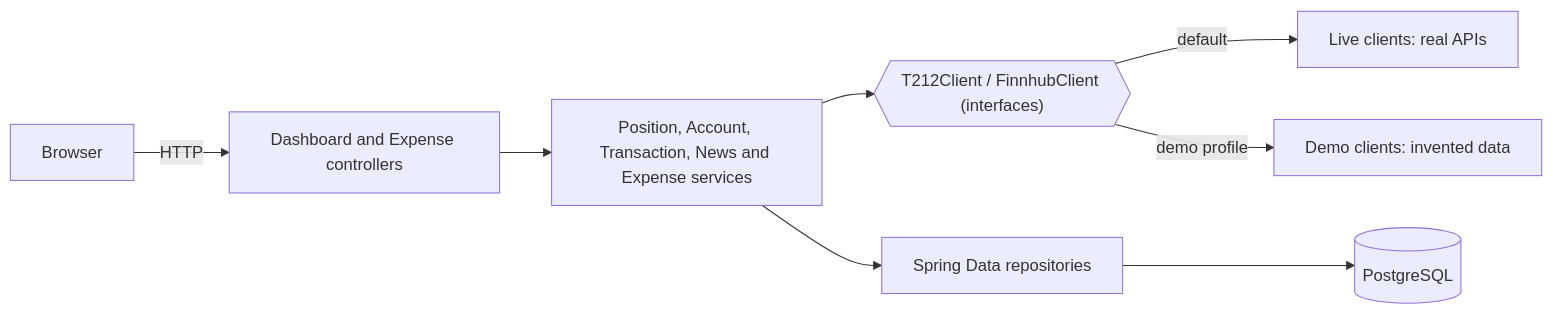
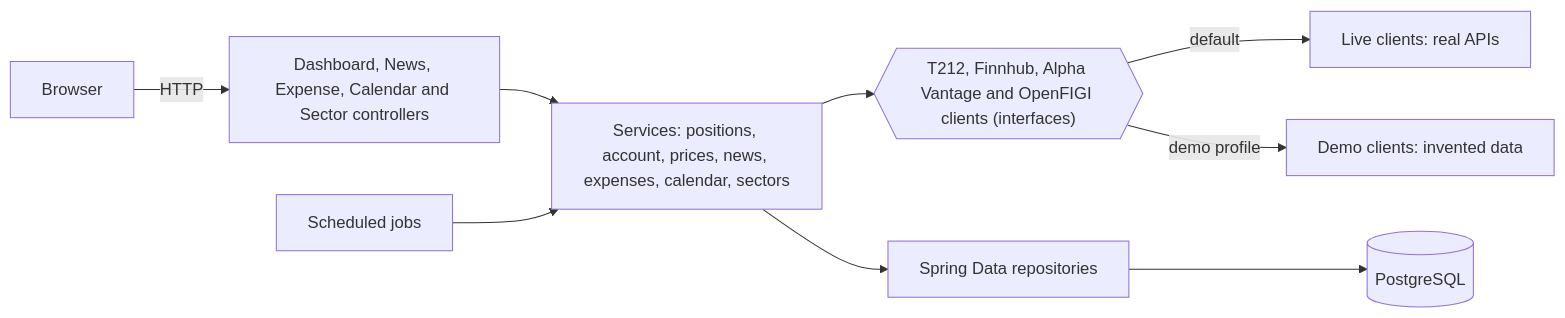
The diagram in README.md (llijat/t212-visualizer), drawn with Mermaid before and after one commit. The commit also changed other lines of this file, not shown here.

````diff
--- a/README.md
+++ b/README.md
@@ -49,10 +195,11 @@
 ```mermaid
 flowchart LR
-    Browser -->|HTTP| Controller[Dashboard and Expense controllers]
-    Controller --> Services[Position, Account, Transaction, News and Expense services]
-    Services --> Clients{{"T212Client / FinnhubClient (interfaces)"}}
+    Browser -->|HTTP| Controllers[Dashboard, News, Expense, Calendar and Sector controllers]
+    Controllers --> Services[Services: positions, account, prices, news, expenses, calendar, sectors]
+    Scheduler[Scheduled jobs] --> Services
+    Services --> Clients{{"T212, Finnhub, Alpha Vantage and OpenFIGI clients (interfaces)"}}
     Clients -->|default| Live[Live clients: real APIs]
     Clients -->|demo profile| Demo[Demo clients: invented data]
     Services --> Repos[Spring Data repositories]
     Repos --> DB[(PostgreSQL)]
 ```
````
